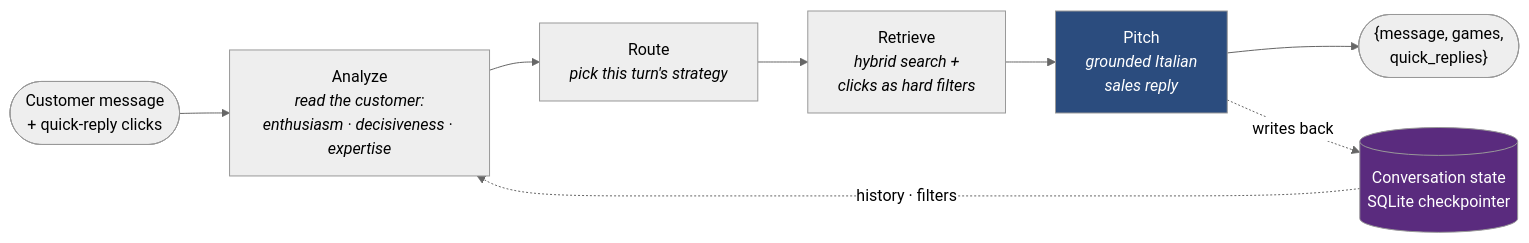
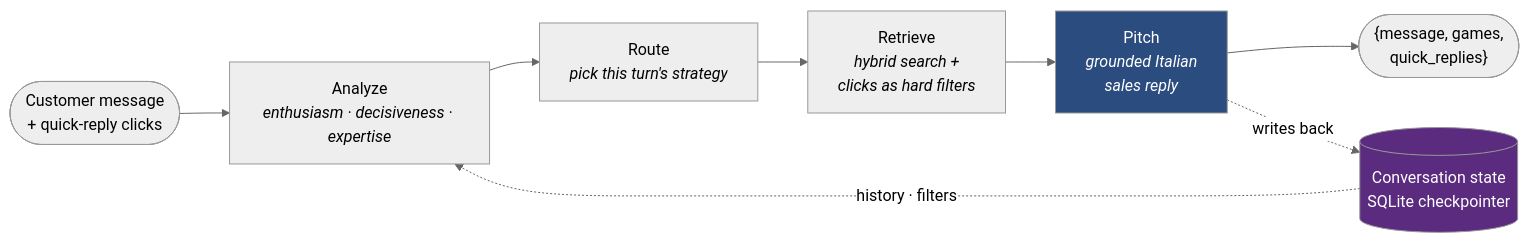
One commit to msporchia/board-game-rag-seller changed the second of 2 diagrams in README.md. Above: the diagram before and after it, drawn with Mermaid (neutral theme). The commit also changed other lines of this file, not shown here.

````diff
--- a/README.md
+++ b/README.md
@@ -288,12 +146,12 @@
 ```mermaid
 flowchart LR
-    MSG(["Customer message<br/>+ quick-reply clicks"]) --> AN["Analyze<br/><i>read the customer:<br/>enthusiasm · decisiveness · expertise</i>"]
+    MSG(["Customer message<br/>+ quick-reply clicks"]) --> AN["Analyze<br/><i>enthusiasm · decisiveness · expertise</i>"]
     AN --> RT["Route<br/><i>pick this turn's strategy</i>"]
     RT --> RET["Retrieve<br/><i>hybrid search +<br/>clicks as hard filters</i>"]
     RET --> PIT["Pitch<br/><i>grounded Italian<br/>sales reply</i>"]
     PIT --> OUT(["{message, games,<br/>quick_replies}"])
     MEM[("Conversation state<br/>SQLite checkpointer")] -. "history · filters" .-> AN
     PIT -. "writes back" .-> MEM
     style PIT fill:#2b4c7e,color:#fff
     style MEM fill:#5a2b7e,color:#fff
 ```
````
